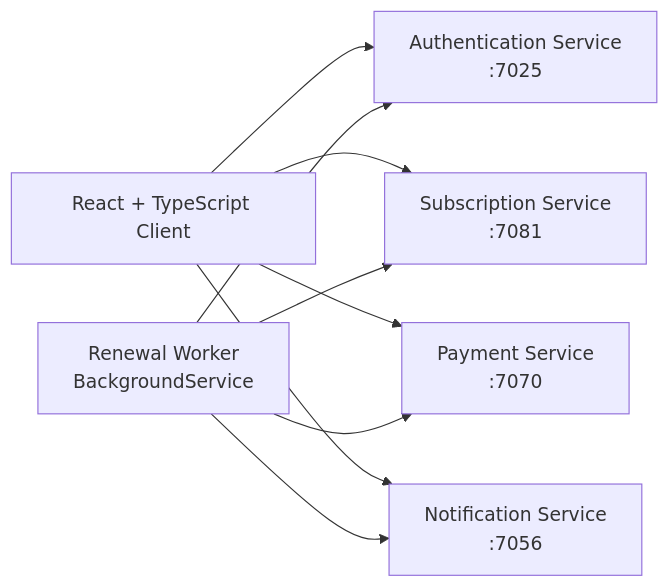
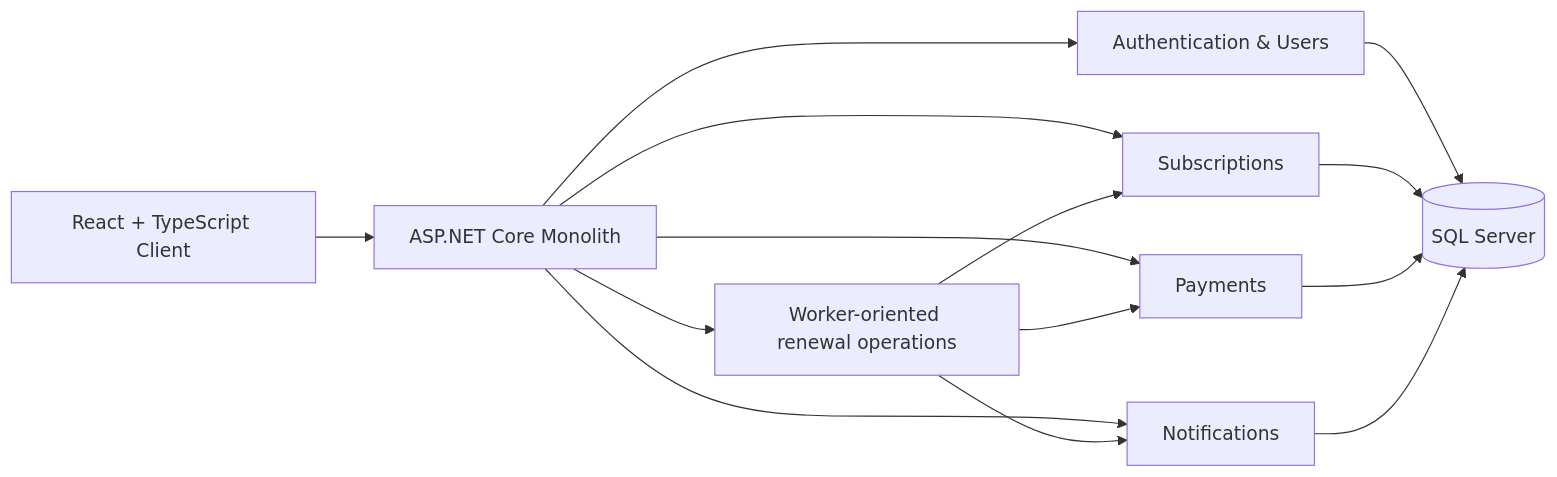
The first of 3 diagrams in README.md (chauhan12harsh/Subtrack), drawn with Mermaid before and after one commit. The commit also changed other lines of this file, not shown here.

Commit message:
docs: update README for monolithic architecture

````diff
--- a/README.md
+++ b/README.md
@@ -38,20 +40,27 @@
 ```mermaid
 flowchart LR
     UI[React + TypeScript Client]
+    API[ASP.NET Core Monolith]
 
-    AUTH[Authentication Service\n:7025]
-    SUB[Subscription Service\n:7081]
-    PAY[Payment Service\n:7070]
-    NOTIF[Notification Service\n:7056]
-    WORKER[Renewal Worker\nBackgroundService]
+    AUTH[Authentication & Users]
+    SUB[Subscriptions]
+    PAY[Payments]
+    NOTIF[Notifications]
+    WORKER[Worker-oriented renewal operations]
+    DB[(SQL Server)]
 
-    UI --> AUTH
-    UI --> SUB
-    UI --> PAY
-    UI --> NOTIF
+    UI --> API
+    API --> AUTH
+    API --> SUB
+    API --> PAY
+    API --> NOTIF
+    API --> WORKER
 
-    WORKER --> AUTH
+    AUTH --> DB
+    SUB --> DB
+    PAY --> DB
+    NOTIF --> DB
     WORKER --> SUB
     WORKER --> PAY
     WORKER --> NOTIF
 ```
````
